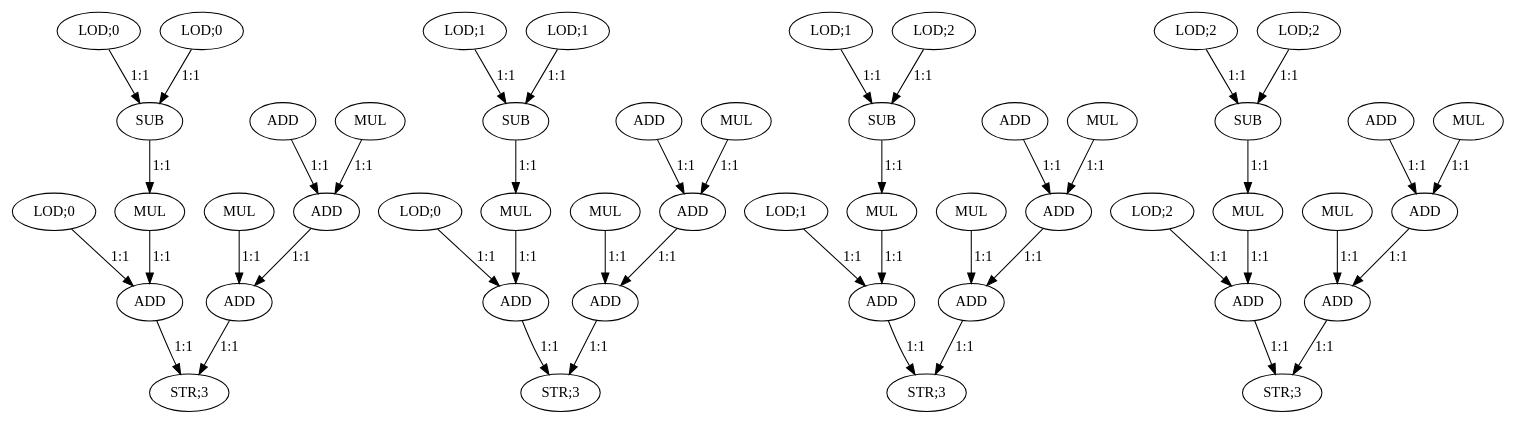
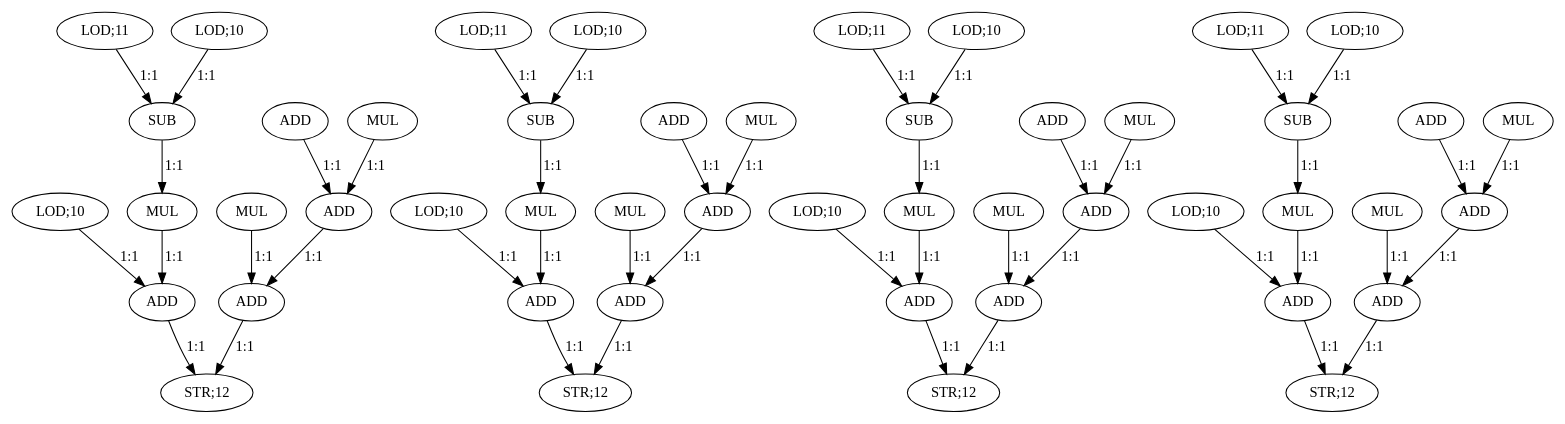
The diagram in large_dfgs/Express_loadUpward/interpolate_aux.dot (nikhilsambhus/DFGprop), drawn with Graphviz before and after one commit.

Commit message:
interpolate annotated

```diff
--- a/large_dfgs/Express_loadUpward/interpolate_aux.dot
+++ b/large_dfgs/Express_loadUpward/interpolate_aux.dot
@@ -1,95 +1,95 @@
 digraph  {
-   0 [label="LOD;0"];
-   1 [label="LOD;0"];
-   2 [label="LOD;0"];
+   0 [label="LOD;10"];
+   1 [label="LOD;11"];
+   2 [label="LOD;10"];
    3 [label="SUB"];
    4 [label="MUL"];
    5 [label="ADD"];
    6 [label="MUL"];
    7 [label="MUL"];
    8 [label="ADD"];
    9 [label="ADD"];
    10 [label="ADD"];
-   11 [label="STR;3"];
-   12 [label="LOD;0"];
-   13 [label="LOD;1"];
-   14 [label="LOD;1"];
+   11 [label="STR;12"];
+   12 [label="LOD;10"];
+   13 [label="LOD;11"];
+   14 [label="LOD;10"];
    15 [label="SUB"];
    16 [label="MUL"];
    17 [label="ADD"];
    18 [label="MUL"];
    19 [label="MUL"];
    20 [label="ADD"];
    21 [label="ADD"];
    22 [label="ADD"];
-   23 [label="STR;3"];
-   24 [label="LOD;1"];
-   25 [label="LOD;1"];
-   26 [label="LOD;2"];
+   23 [label="STR;12"];
+   24 [label="LOD;10"];
+   25 [label="LOD;11"];
+   26 [label="LOD;10"];
    27 [label="SUB"];
    28 [label="MUL"];
    29 [label="ADD"];
    30 [label="MUL"];
    31 [label="MUL"];
    32 [label="ADD"];
    33 [label="ADD"];
    34 [label="ADD"];
-   35 [label="STR;3"];
-   36 [label="LOD;2"];
-   37 [label="LOD;2"];
-   38 [label="LOD;2"];
+   35 [label="STR;12"];
+   36 [label="LOD;10"];
+   37 [label="LOD;11"];
+   38 [label="LOD;10"];
    39 [label="SUB"];
    40 [label="MUL"];
    41 [label="ADD"];
    42 [label="MUL"];
    43 [label="MUL"];
    44 [label="ADD"];
    45 [label="ADD"];
    46 [label="ADD"];
-   47 [label="STR;3"];
+   47 [label="STR;12"];
 
    0->5 [label="1:1"];
    1->3 [label="1:1"];
    2->3 [label="1:1"];
    3->4 [label="1:1"];
    4->5 [label="1:1"];
    5->11 [label="1:1"];
    6->10 [label="1:1"];
    7->9 [label="1:1"];
    8->9 [label="1:1"];
    9->10 [label="1:1"];
    10->11 [label="1:1"];
    12->17 [label="1:1"];
    13->15 [label="1:1"];
    14->15 [label="1:1"];
    15->16 [label="1:1"];
    16->17 [label="1:1"];
    17->23 [label="1:1"];
    18->22 [label="1:1"];
    19->21 [label="1:1"];
    20->21 [label="1:1"];
    21->22 [label="1:1"];
    22->23 [label="1:1"];
    24->29 [label="1:1"];
    25->27 [label="1:1"];
    26->27 [label="1:1"];
    27->28 [label="1:1"];
    28->29 [label="1:1"];
    29->35 [label="1:1"];
    30->34 [label="1:1"];
    31->33 [label="1:1"];
    32->33 [label="1:1"];
    33->34 [label="1:1"];
    34->35 [label="1:1"];
    36->41 [label="1:1"];
    37->39 [label="1:1"];
    38->39 [label="1:1"];
    39->40 [label="1:1"];
    40->41 [label="1:1"];
    41->47 [label="1:1"];
    42->46 [label="1:1"];
    43->45 [label="1:1"];
    44->45 [label="1:1"];
    45->46 [label="1:1"];
    46->47 [label="1:1"];
 }
```
